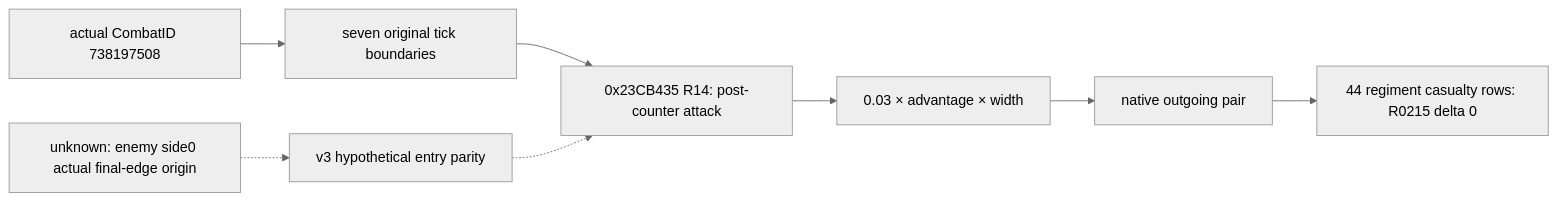
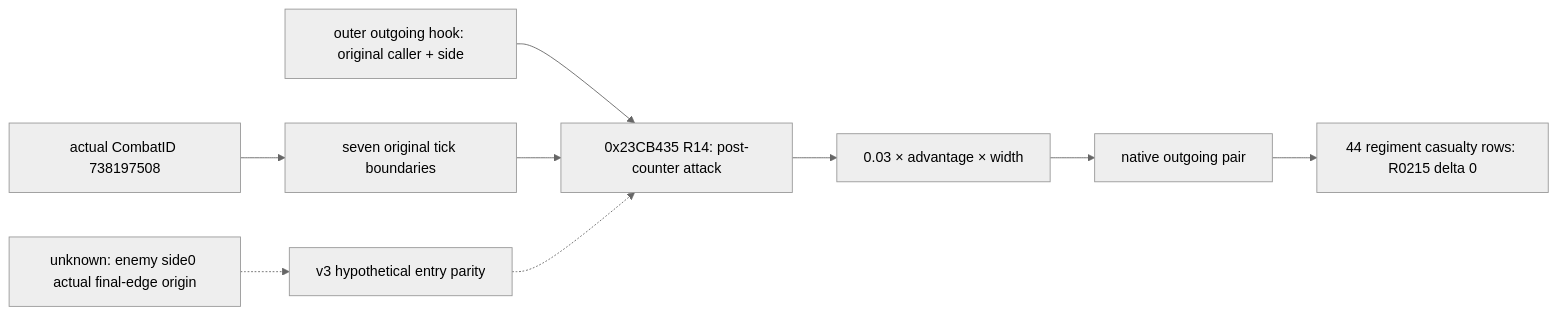
The fourth of 9 diagrams in docs/ck3-native-ai/battle-simulation.md (XenoAmess/ck3_eternal_recurrence), drawn with Mermaid (neutral theme) before and after one commit. The commit also changed other lines of this file and 6 other files, not shown here.

Commit message:
COMBAT-R14-OUTER: preserve main tick caller across outgoing hook

````diff
--- a/docs/ck3-native-ai/battle-simulation.md
+++ b/docs/ck3-native-ai/battle-simulation.md
@@ -333,10 +344,11 @@
 ```mermaid
 flowchart LR
   E["actual CombatID 738197508"] --> T["seven original tick boundaries"]
+  H["outer outgoing hook: original caller + side"] --> R
   T --> R["0x23CB435 R14: post-counter attack"]
   R --> S["0.03 × advantage × width"]
   S --> O["native outgoing pair"]
   O --> C["44 regiment casualty rows: R0215 delta 0"]
   U["unknown: enemy side0 actual final-edge origin"] -.-> V["v3 hypothetical entry parity"]
   V -.-> R
 ```
````
